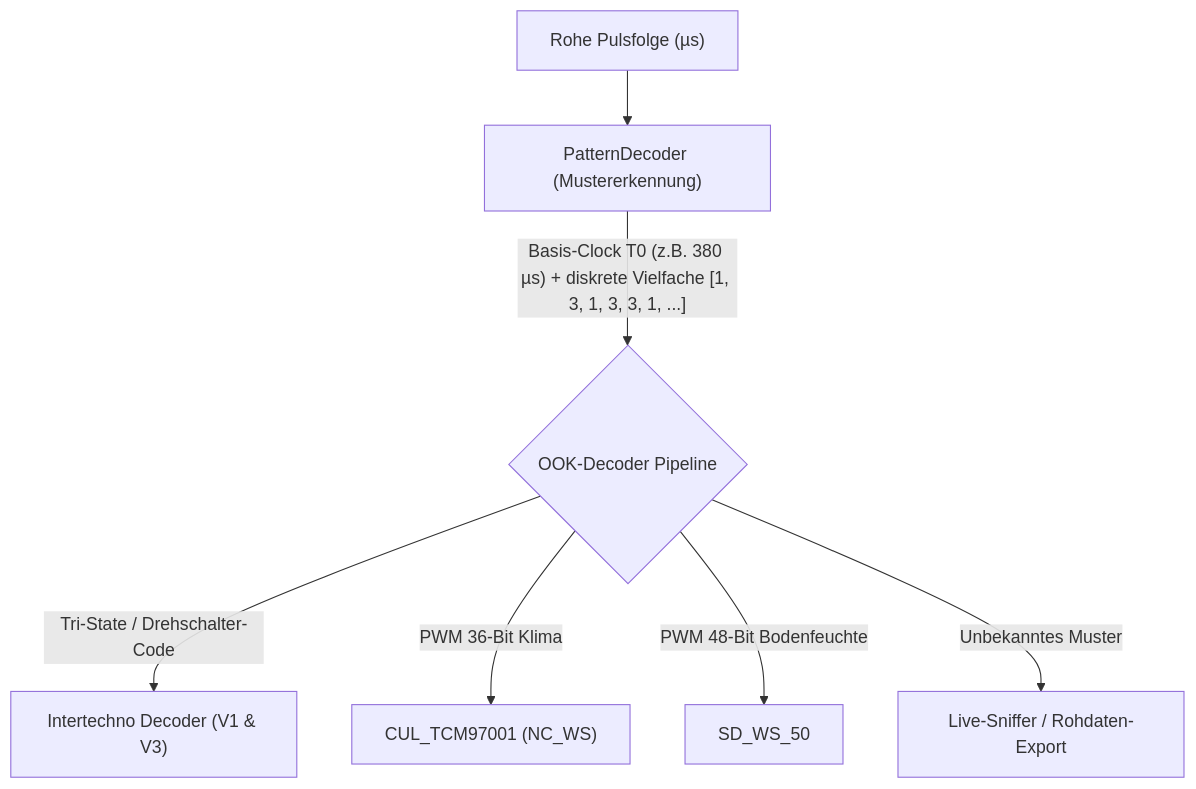
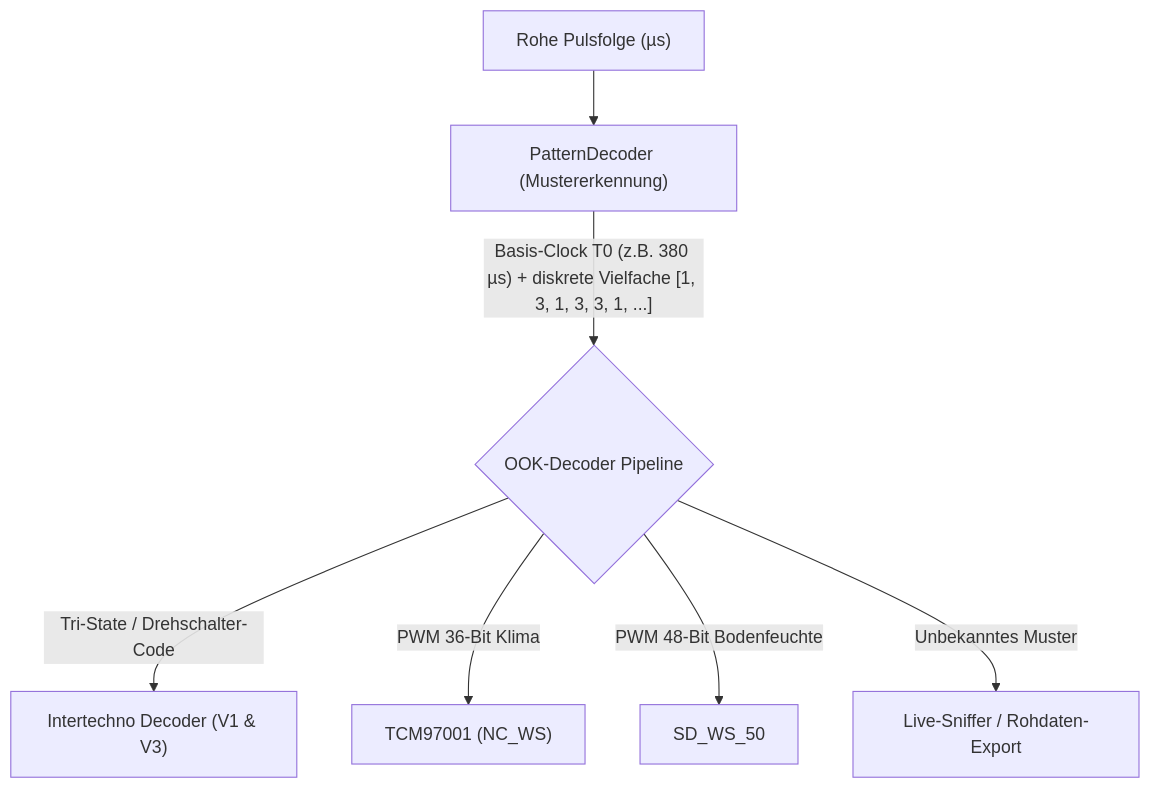
One commit to Antannah/signalrpi changed the third of 4 diagrams in readme.md. Above: the diagram before and after it, drawn with Mermaid. The commit also changed other lines of this file and 5 other files, not shown here.

Commit message:
refactor: CUL-Präfix von TCM97001 entfernt und PatternDecoder integriert

````diff
--- a/readme.md
+++ b/readme.md
@@ -122,9 +122,9 @@
 ```mermaid
 flowchart TD
     Raw["Rohe Pulsfolge (µs)"] --> PD["PatternDecoder (Mustererkennung)"]
     PD -->|"Basis-Clock T0 (z.B. 380 µs) + diskrete Vielfache [1, 3, 1, 3, 3, 1, ...]"| Decoders{"OOK-Decoder Pipeline"}
     Decoders -->|"Tri-State / Drehschalter-Code"| IT["Intertechno Decoder (V1 & V3)"]
-    Decoders -->|"PWM 36-Bit Klima"| TCM["CUL_TCM97001 (NC_WS)"]
+    Decoders -->|"PWM 36-Bit Klima"| TCM["TCM97001 (NC_WS)"]
     Decoders -->|"PWM 48-Bit Bodenfeuchte"| WS["SD_WS_50"]
     Decoders -->|"Unbekanntes Muster"| Live["Live-Sniffer / Rohdaten-Export"]
 ```
````
